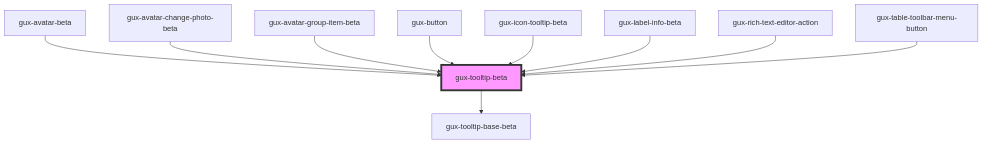
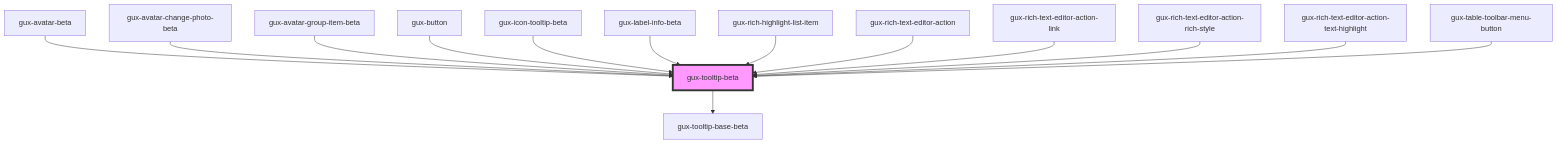
Before and after one commit to MyPureCloud/genesys-spark: the diagram in packages/genesys-spark-components/src/components/beta/gux-tooltip-beta/readme.md, drawn with Mermaid. The commit also changed other lines of this file and 11 other files, not shown here.

````diff
--- a/packages/genesys-spark-components/src/components/beta/gux-tooltip-beta/readme.md
+++ b/packages/genesys-spark-components/src/components/beta/gux-tooltip-beta/readme.md
@@ -84,13 +88,17 @@
 ```mermaid
 graph TD;
   gux-tooltip-beta --> gux-tooltip-base-beta
   gux-avatar-beta --> gux-tooltip-beta
   gux-avatar-change-photo-beta --> gux-tooltip-beta
   gux-avatar-group-item-beta --> gux-tooltip-beta
   gux-button --> gux-tooltip-beta
   gux-icon-tooltip-beta --> gux-tooltip-beta
   gux-label-info-beta --> gux-tooltip-beta
+  gux-rich-highlight-list-item --> gux-tooltip-beta
   gux-rich-text-editor-action --> gux-tooltip-beta
+  gux-rich-text-editor-action-link --> gux-tooltip-beta
+  gux-rich-text-editor-action-rich-style --> gux-tooltip-beta
+  gux-rich-text-editor-action-text-highlight --> gux-tooltip-beta
   gux-table-toolbar-menu-button --> gux-tooltip-beta
   style gux-tooltip-beta fill:#f9f,stroke:#333,stroke-width:4px
 ```
````
